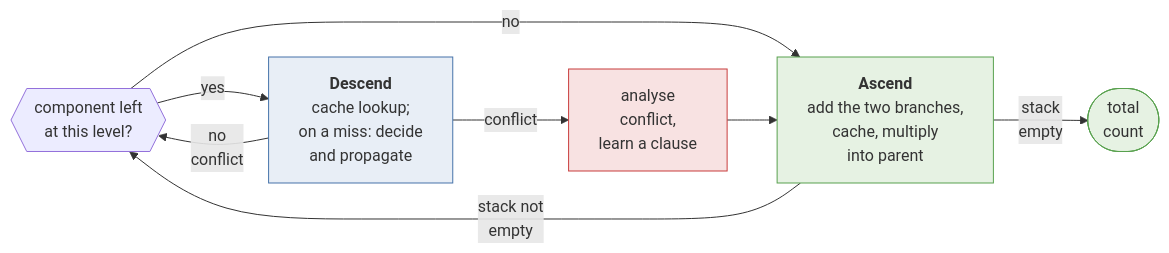
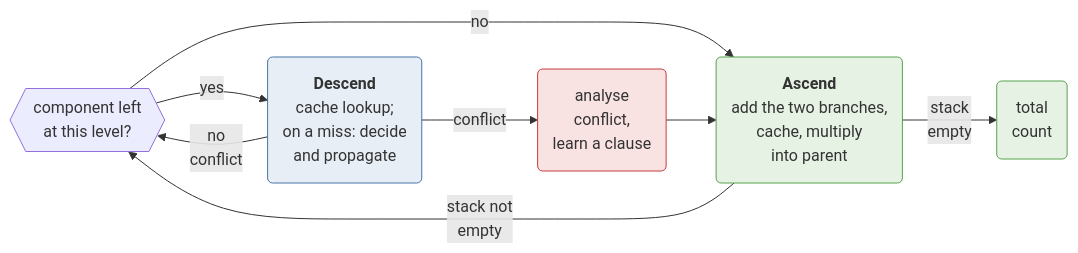
Before and after one commit to meelgroup/ganak-presentation: the diagram in figs/mermaid/main-loop.mmd, drawn with Mermaid. The commit also changed 6 other files, not shown here.

Commit message:
Mermaid diagrams: one rounded box shape for every step

```diff
--- a/figs/mermaid/main-loop.mmd
+++ b/figs/mermaid/main-loop.mmd
@@ -1,17 +1,17 @@
 flowchart LR
   F{{"component left<br/>at this level?"}}
-  F -->|yes| D["<b>Descend</b><br/>cache lookup;<br/>on a miss: decide<br/>and propagate"]
+  F -->|yes| D("<b>Descend</b><br/>cache lookup;<br/>on a miss: decide<br/>and propagate")
   D -->|"no<br/>conflict"| F
-  D -->|"conflict"| A["analyse<br/>conflict,<br/>learn a clause"]
-  F -->|no| U["<b>Ascend</b><br/>add the two branches,<br/>cache, multiply<br/>into parent"]
+  D -->|"conflict"| A("analyse<br/>conflict,<br/>learn a clause")
+  F -->|no| U("<b>Ascend</b><br/>add the two branches,<br/>cache, multiply<br/>into parent")
   A --> U
   U -->|"stack not<br/>empty"| F
-  U -->|"stack<br/>empty"| X(["total<br/>count"])
+  U -->|"stack<br/>empty"| X("total<br/>count")
 
   %% blue: search, red: conflict, green: counting
   classDef search fill:#e8eef6,stroke:#4673aa
   classDef confl fill:#f8e2e2,stroke:#c83c3c
   classDef count fill:#e6f2e3,stroke:#59a14f
   class D search
   class A confl
   class U,X count
```
